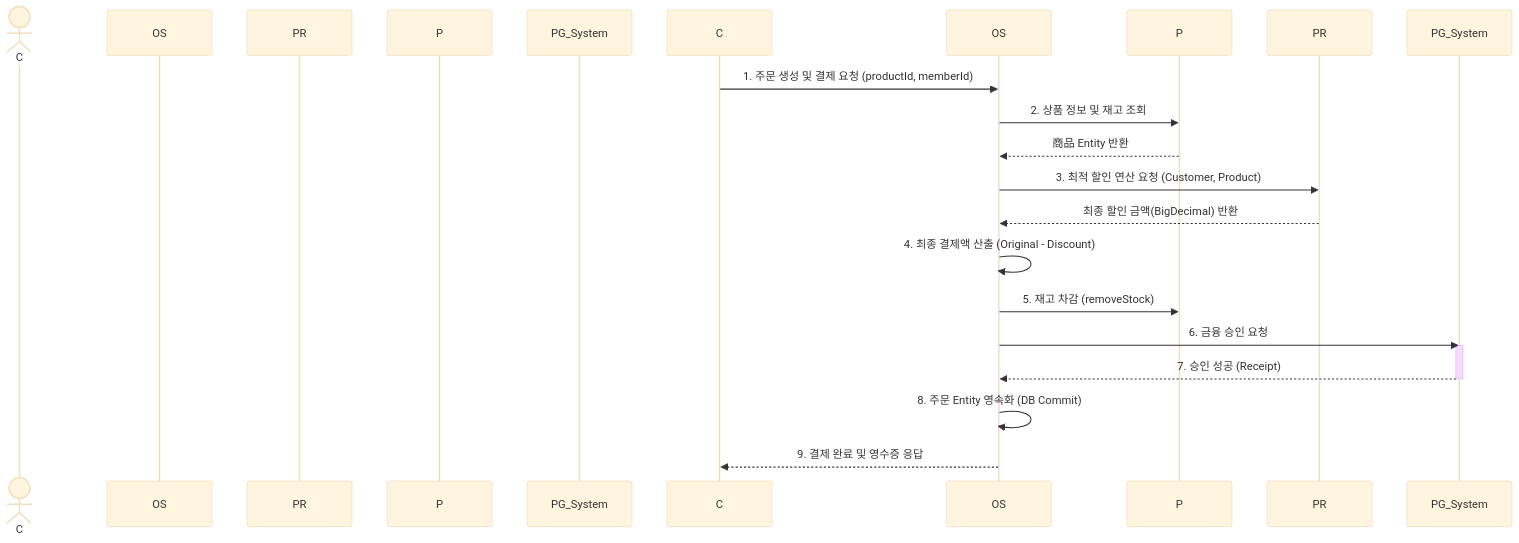
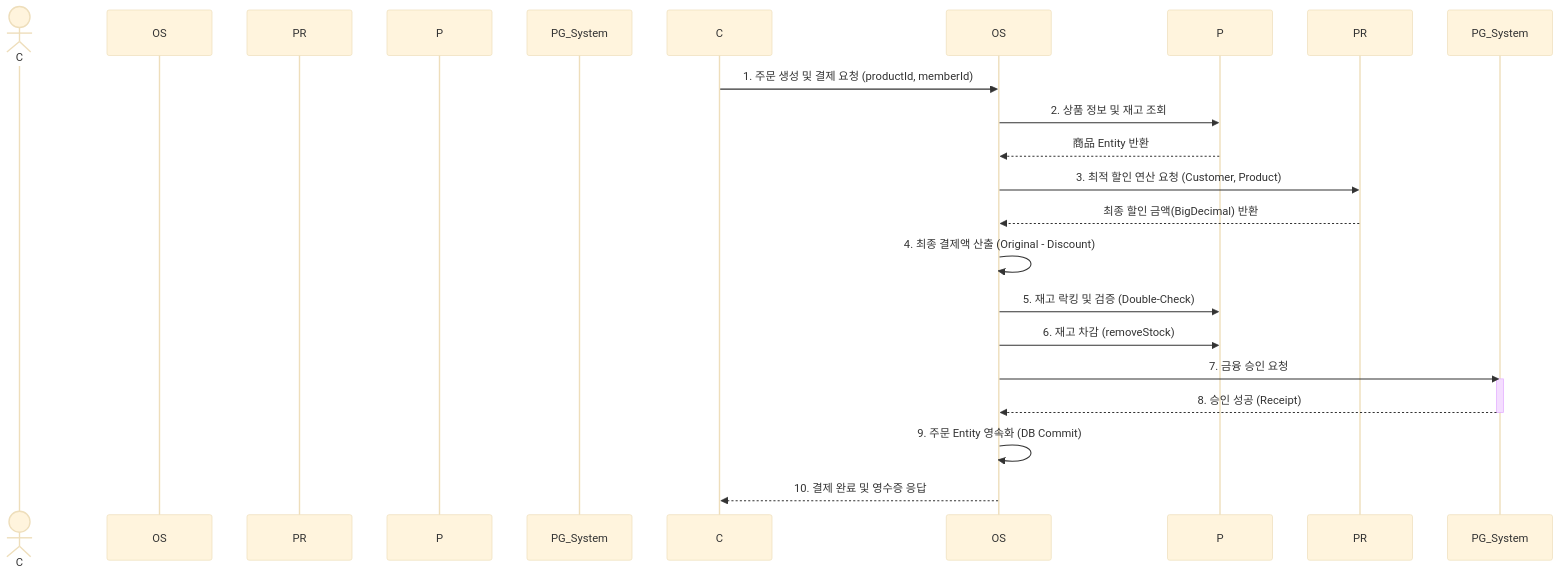
Before and after one commit to dlwlssud123/OSS_shopping: the third of 3 diagrams in Analysis_22212025_이진녕.md, drawn with Mermaid (base theme). The commit also changed other lines of this file and 9 other files, not shown here.

````diff
--- a/Analysis_22212025_이진녕.md
+++ b/Analysis_22212025_이진녕.md
@@ -211,22 +211,23 @@
 ```mermaid
 sequenceDiagram
     actor Customer as C
     participant OrderService as OS
     participant PolicyResolver as PR
     participant Product as P
     participant PG as PG_System
 
     C->>OS: 1. 주문 생성 및 결제 요청 (productId, memberId)
     OS->>P: 2. 상품 정보 및 재고 조회
     P-->>OS: 商品 Entity 반환
     OS->>PR: 3. 최적 할인 연산 요청 (Customer, Product)
     PR-->>OS: 최종 할인 금액(BigDecimal) 반환
     OS->>OS: 4. 최종 결제액 산출 (Original - Discount)
-    OS->>P: 5. 재고 차감 (removeStock)
-    OS->>PG_System: 6. 금융 승인 요청
+    OS->>P: 5. 재고 락킹 및 검증 (Double-Check)
+    OS->>P: 6. 재고 차감 (removeStock)
+    OS->>PG_System: 7. 금융 승인 요청
     activate PG_System
-    PG_System-->>OS: 7. 승인 성공 (Receipt)
+    PG_System-->>OS: 8. 승인 성공 (Receipt)
     deactivate PG_System
-    OS->>OS: 8. 주문 Entity 영속화 (DB Commit)
-    OS-->>C: 9. 결제 완료 및 영수증 응답
+    OS->>OS: 9. 주문 Entity 영속화 (DB Commit)
+    OS-->>C: 10. 결제 완료 및 영수증 응답
 ```
````
